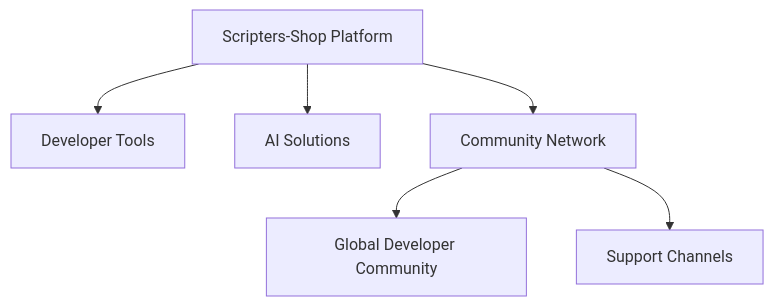
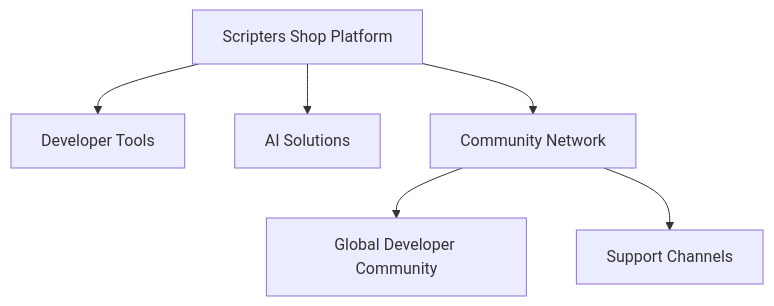
One commit to Scripters-Shop/.github changed the diagram in profile/README.md. Above: the diagram before and after it, drawn with Mermaid. The commit also changed other lines of this file, not shown here.

````diff
--- a/profile/README.md
+++ b/profile/README.md
@@ -21,8 +21,8 @@
 ```mermaid
 graph TD
-    A[Scripters-Shop Platform] --> B[Developer Tools]
+    A[Scripters Shop Platform] --> B[Developer Tools]
     A --> C[AI Solutions]
     A --> D[Community Network]
     D --> D1[Global Developer Community]
     D --> D2[Support Channels]
 ```
````
